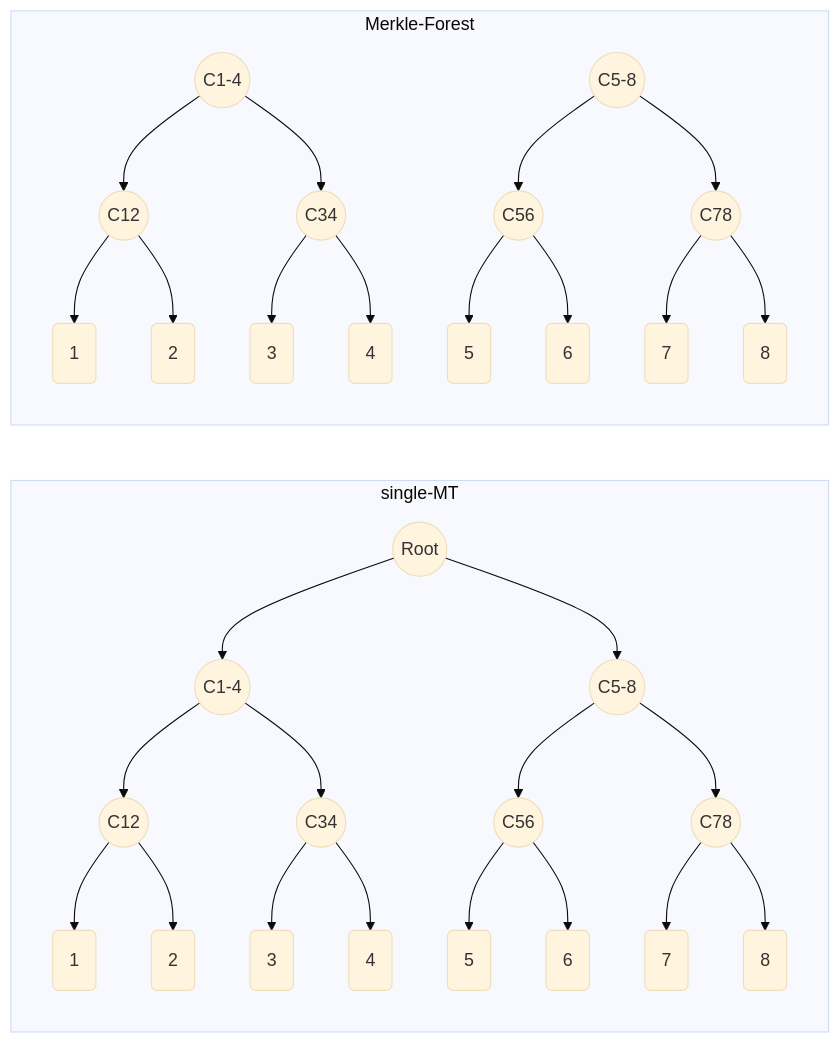
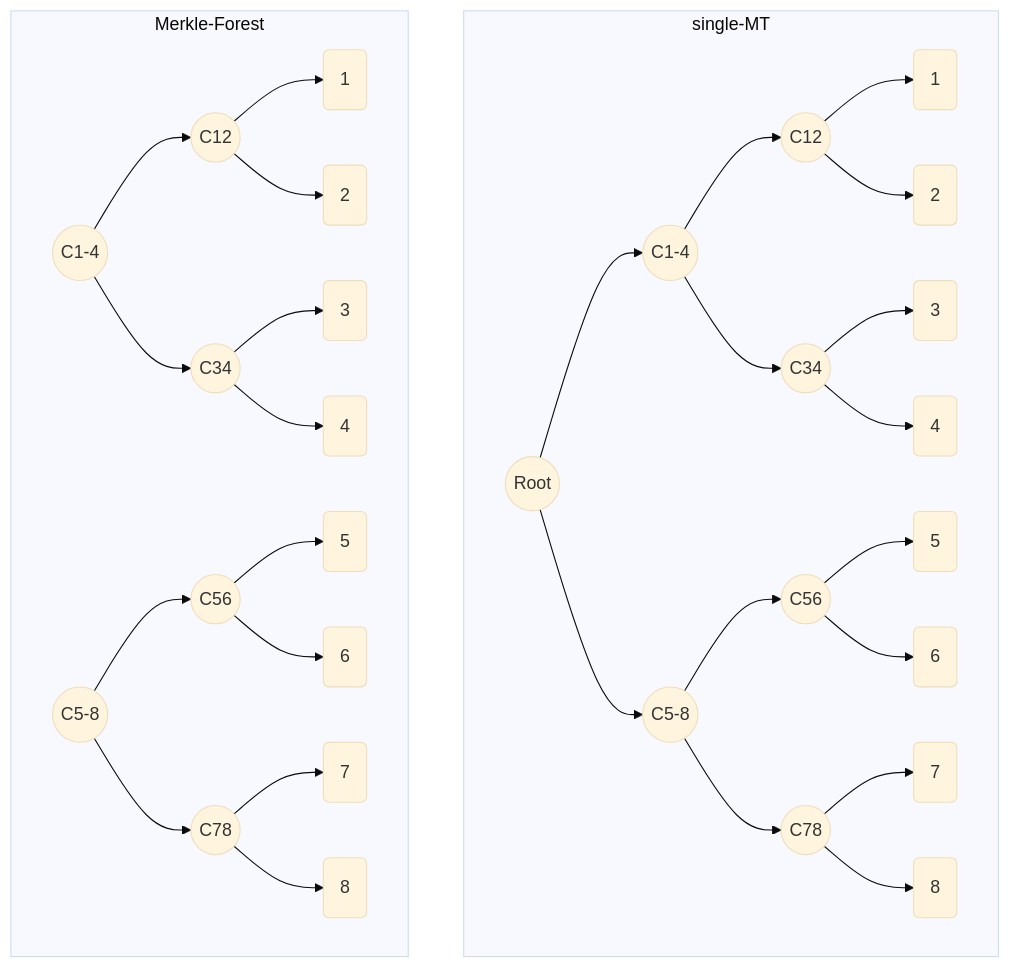
The diagram in README.md (Poseidon-ZKP/merkle-forest), drawn with Mermaid (base theme) before and after one commit.

````diff
--- a/README.md
+++ b/README.md
@@ -29,22 +29,22 @@
 ```mermaid
-    graph LR;
+    graph TD;
         subgraph single-MT
             R((Root))-->C1234 & C5678;
             C1234((C1-4)) --> C12((C12)) & C34((C34));
             C5678((C5-8)) --> C56((C56)) & C78((C78));
             C12-->L1(1) & L2(2)
             C34-->L3(3) & L4(4)
             C56-->L5(5) & L6(6)
             C78-->L7(7) & L8(8)
         end
 
         subgraph Merkle-Forest
             FC1234((C1-4)) --> FC12((C12)) & FC34((C34));
             FC5678((C5-8)) --> FC56((C56)) & FC78((C78));
             FC12-->FL1(1) & FL2(2)
             FC34-->FL3(3) & FL4(4)
             FC56-->FL5(5) & FL6(6)
             FC78-->FL7(7) & FL8(8)
         end
 
 ```
````
